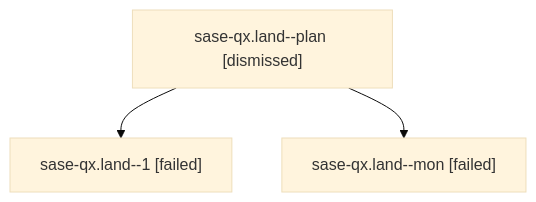
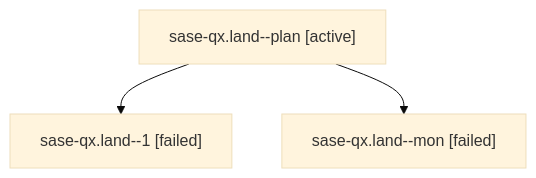
Before and after one commit to sase-org/sase--agents: the diagram in families/bbugyi200.athena.sase-qx.land.md, drawn with Mermaid (base theme). The commit also changed other lines of this file and 35830 other files, not shown here.

````diff
--- a/families/bbugyi200.athena.sase-qx.land.md
+++ b/families/bbugyi200.athena.sase-qx.land.md
@@ -9,8 +9,8 @@
 ```mermaid
 flowchart TD
-  n0["sase-qx.land--plan [dismissed]"]
+  n0["sase-qx.land--plan [active]"]
   n1["sase-qx.land--1 [failed]"]
   n0 --> n1
   n2["sase-qx.land--mon [failed]"]
   n0 --> n2
 ```
````
